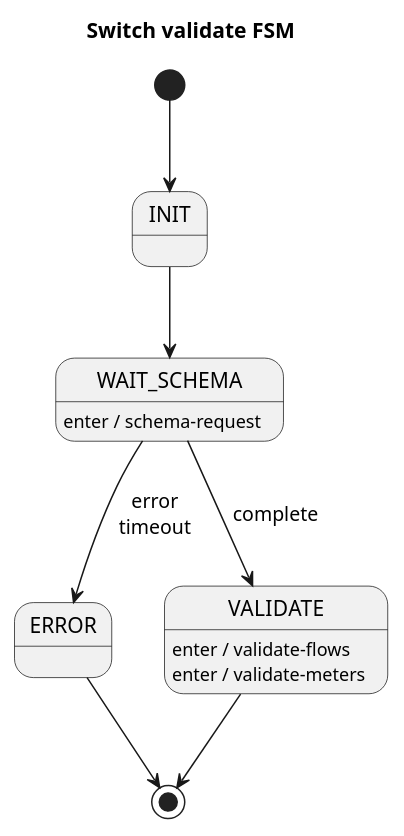
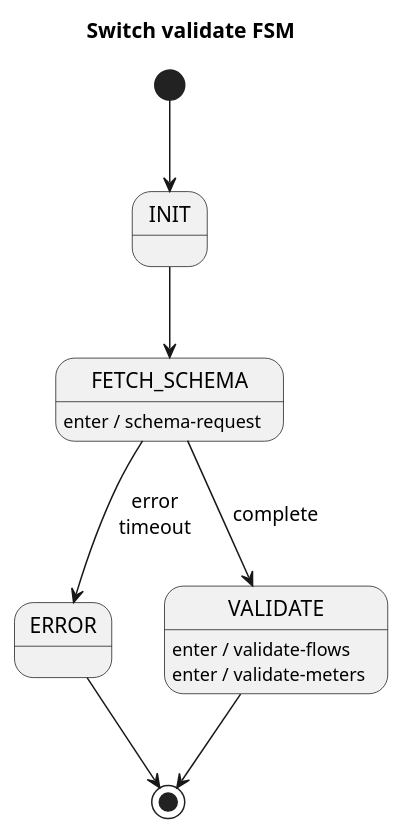
One commit to uozbek/open-kilda changed the diagram in docs/design/hub-and-spoke/switch-validate/switch-validate-fsm.puml. Above: the diagram before and after it, drawn with PlantUML. The commit also changed 2 other files, not shown here.

```diff
--- a/docs/design/hub-and-spoke/switch-validate/switch-validate-fsm.puml
+++ b/docs/design/hub-and-spoke/switch-validate/switch-validate-fsm.puml
@@ -1,17 +1,17 @@
 @startuml
 title Switch validate FSM
 
 [*] --> INIT
-INIT --> WAIT_SCHEMA
+INIT --> FETCH_SCHEMA
 
-WAIT_SCHEMA --> ERROR : error\ntimeout
-WAIT_SCHEMA --> VALIDATE : complete
-WAIT_SCHEMA : enter / schema-request
+FETCH_SCHEMA --> ERROR : error\ntimeout
+FETCH_SCHEMA --> VALIDATE : complete
+FETCH_SCHEMA : enter / schema-request
 
 VALIDATE --> [*]
 VALIDATE : enter / validate-flows
 VALIDATE : enter / validate-meters
 
 ERROR --> [*]
 
 @enduml
```
